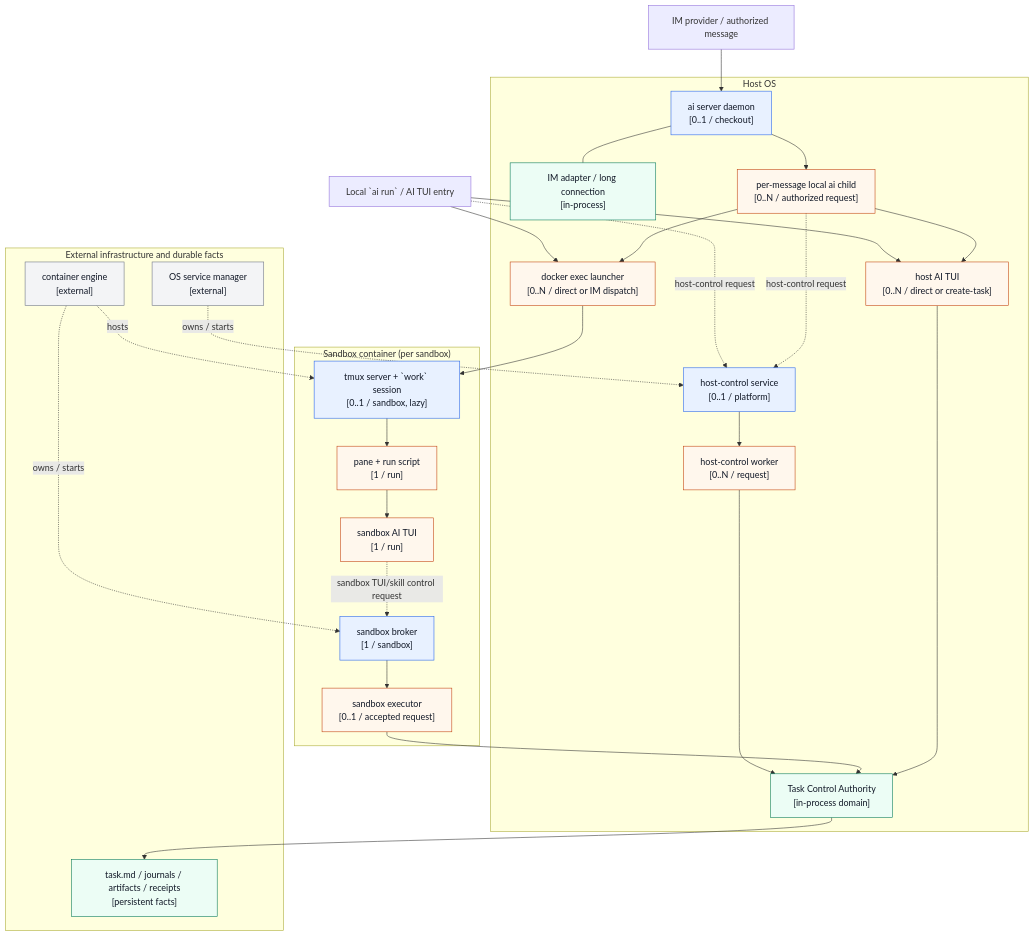
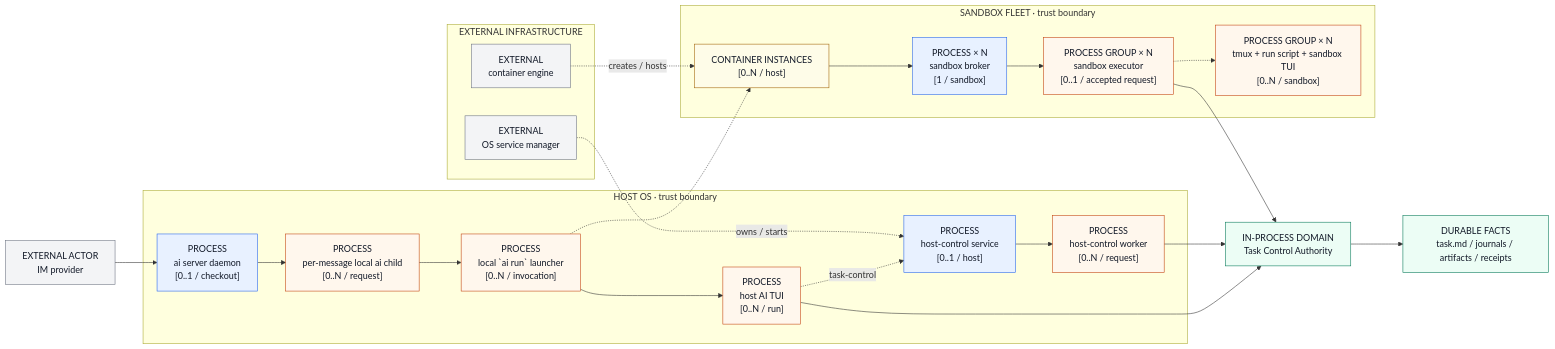
The second of 3 diagrams in docs/en/architecture.md (fitlab-ai/agent-infra), drawn with Mermaid before and after one commit. The commit also changed other lines of this file and 1 other file, not shown here.

Commit message:
docs(architecture): separate process topology and control flow

````diff
--- a/docs/en/architecture.md
+++ b/docs/en/architecture.md
@@ -55,54 +57,50 @@
 ```mermaid
-flowchart TB
+flowchart LR
   classDef process fill:#e8f1ff,stroke:#2563eb,color:#111827;
-  classDef transient fill:#fff7ed,stroke:#c2410c,color:#111827;
+  classDef processGroup fill:#fff7ed,stroke:#c2410c,color:#111827;
   classDef domain fill:#ecfdf5,stroke:#047857,color:#111827;
-  classDef infra fill:#f3f4f6,stroke:#6b7280,color:#111827;
+  classDef boundary fill:#fefce8,stroke:#a16207,color:#111827;
+  classDef external fill:#f3f4f6,stroke:#6b7280,color:#111827;
 
-  IM["IM provider / authorized message"]
-  L["Local `ai run` / AI TUI entry"]
+  IM["EXTERNAL ACTOR<br/>IM provider"]:::external
 
-  subgraph H["Host OS"]
-    D["ai server daemon<br/>[0..1 / checkout]"]:::process
-    A["IM adapter / long connection<br/>[in-process]"]:::domain
-    C["per-message local ai child<br/>[0..N / authorized request]"]:::transient
-    HT["host AI TUI<br/>[0..N / direct or create-task]"]:::transient
-    HC["host-control service<br/>[0..1 / platform]"]:::process
-    HW["host-control worker<br/>[0..N / request]"]:::transient
-    DX["docker exec launcher<br/>[0..N / direct or IM dispatch]"]:::transient
-    TA["Task Control Authority<br/>[in-process domain]"]:::domain
+  subgraph H["HOST OS · trust boundary"]
+    D["PROCESS<br/>ai server daemon<br/>[0..1 / checkout]"]:::process
+    C["PROCESS<br/>per-message local ai child<br/>[0..N / request]"]:::processGroup
+    L["PROCESS<br/>local `ai run` launcher<br/>[0..N / invocation]"]:::processGroup
+    HT["PROCESS<br/>host AI TUI<br/>[0..N / run]"]:::processGroup
+    HC["PROCESS<br/>host-control service<br/>[0..1 / host]"]:::process
+    HW["PROCESS<br/>host-control worker<br/>[0..N / request]"]:::processGroup
   end
 
-  subgraph S["Sandbox container (per sandbox)"]
-    B["sandbox broker<br/>[1 / sandbox]"]:::process
-    E["sandbox executor<br/>[0..1 / accepted request]"]:::transient
-    TM["tmux server + `work` session<br/>[0..1 / sandbox, lazy]"]:::process
-    P["pane + run script<br/>[1 / run]"]:::transient
-    ST["sandbox AI TUI<br/>[1 / run]"]:::transient
+  subgraph F["SANDBOX FLEET · trust boundary"]
+    SF["CONTAINER INSTANCES<br/>[0..N / host]"]:::boundary
+    B["PROCESS × N<br/>sandbox broker<br/>[1 / sandbox]"]:::process
+    E["PROCESS GROUP × N<br/>sandbox executor<br/>[0..1 / accepted request]"]:::processGroup
+    R["PROCESS GROUP × N<br/>tmux + run script + sandbox TUI<br/>[0..N / sandbox]"]:::processGroup
   end
 
-  subgraph X["External infrastructure and durable facts"]
-    ENG["container engine<br/>[external]"]:::infra
-    SM["OS service manager<br/>[external]"]:::infra
-    STATE["task.md / journals / artifacts / receipts<br/>[persistent facts]"]:::domain
+  subgraph X["EXTERNAL INFRASTRUCTURE"]
+    ENG["EXTERNAL<br/>container engine"]:::external
+    SM["EXTERNAL<br/>OS service manager"]:::external
   end
 
+  TA["IN-PROCESS DOMAIN<br/>Task Control Authority"]:::domain
+  STATE["DURABLE FACTS<br/>task.md / journals / artifacts / receipts"]:::domain
+
   IM --> D
-  D --- A
-  D --> C
+  D --> C --> L
   L --> HT
-  L --> DX
-  C --> HT
-  C --> DX
-  L -. host-control request .-> HC
-  C -. host-control request .-> HC
-  HC --> HW --> TA
-  DX --> TM --> P --> ST
-  ST -. sandbox TUI/skill control request .-> B
-  B --> E --> TA
+  L -.-> SF
+  SF --> B
+  B --> E
+  E -.-> R
+  SM -. owns / starts .-> HC
+  HC --> HW
+  ENG -. creates / hosts .-> SF
+  HT -. task-control .-> HC
+  HW --> TA
   HT --> TA
+  E --> TA
   TA --> STATE
-  SM -. owns / starts .-> HC
-  ENG -. owns / starts .-> B
-  ENG -. hosts .-> TM
 ```
````
